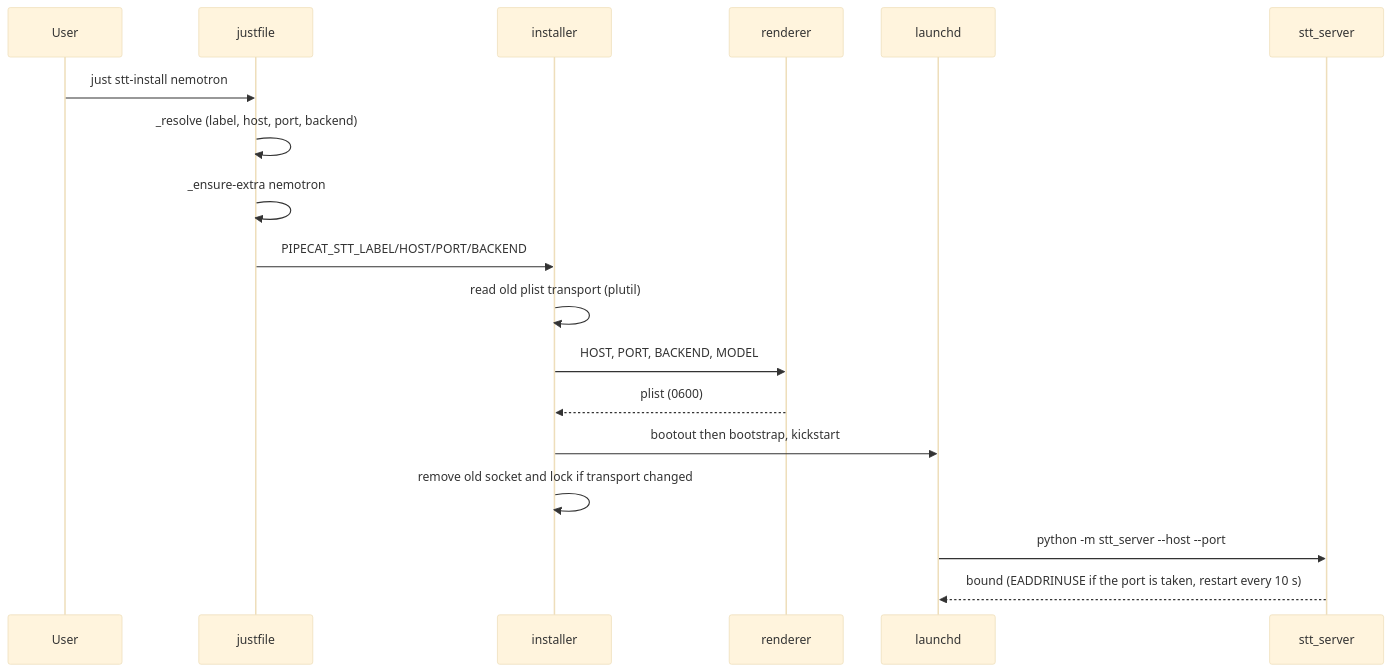
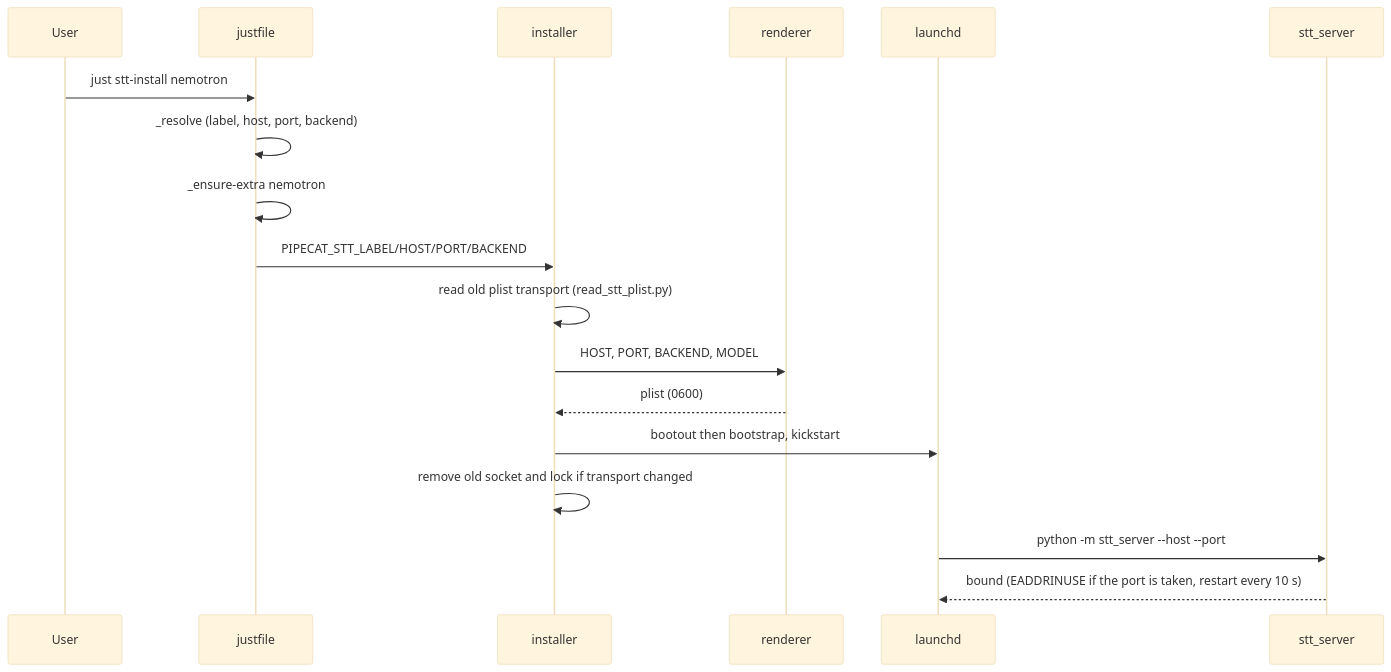
One commit to vr000m/pipecat-local-stt-server changed the second of 2 diagrams in docs/dev_plans/20261025-feature-stt-agents-loopback-tcp.md. Above: the diagram before and after it, drawn with Mermaid (base theme). The commit also changed other lines of this file and 4 other files, not shown here.

````diff
--- a/docs/dev_plans/20261025-feature-stt-agents-loopback-tcp.md
+++ b/docs/dev_plans/20261025-feature-stt-agents-loopback-tcp.md
@@ -174,20 +174,20 @@
 ```mermaid
 sequenceDiagram
     participant U as User
     participant J as justfile
     participant I as installer
     participant R as renderer
     participant L as launchd
     participant S as stt_server
     U->>J: just stt-install nemotron
     J->>J: _resolve (label, host, port, backend)
     J->>J: _ensure-extra nemotron
     J->>I: PIPECAT_STT_LABEL/HOST/PORT/BACKEND
-    I->>I: read old plist transport (plutil)
+    I->>I: read old plist transport (read_stt_plist.py)
     I->>R: HOST, PORT, BACKEND, MODEL
     R-->>I: plist (0600)
     I->>L: bootout then bootstrap, kickstart
     I->>I: remove old socket and lock if transport changed
     L->>S: python -m stt_server --host --port
     S-->>L: bound (EADDRINUSE if the port is taken, restart every 10 s)
 ```
````
